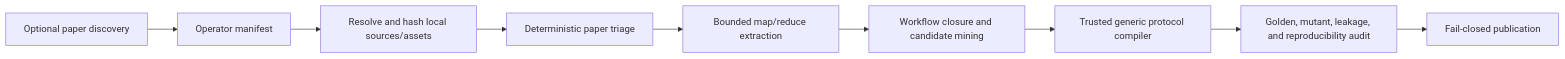
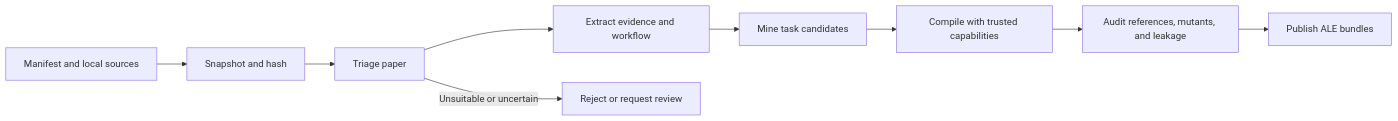
Before and after one commit to jingxuxie/ALE_scalable_pipeline: the diagram in README.md, drawn with Mermaid. The commit also changed other lines of this file and 1 other file, not shown here.

````diff
--- a/README.md
+++ b/README.md
@@ -11,11 +14,11 @@
 ```mermaid
 flowchart LR
-    D["Optional paper discovery"] --> M["Operator manifest"]
-    M --> R["Resolve and hash local sources/assets"]
-    R --> T["Deterministic paper triage"]
-    T --> X["Bounded map/reduce extraction"]
-    X --> W["Workflow closure and candidate mining"]
-    W --> G["Trusted generic protocol compiler"]
-    G --> A["Golden, mutant, leakage, and reproducibility audit"]
-    A --> P["Fail-closed publication"]
+    M["Manifest and local sources"] --> S["Snapshot and hash"]
+    S --> T["Triage paper"]
+    T --> E["Extract evidence and workflow"]
+    E --> C["Mine task candidates"]
+    C --> G["Compile with trusted capabilities"]
+    G --> V["Audit references, mutants, and leakage"]
+    V --> P["Publish ALE bundles"]
+    T -->|Unsuitable or uncertain| R["Reject or request review"]
 ```
````
